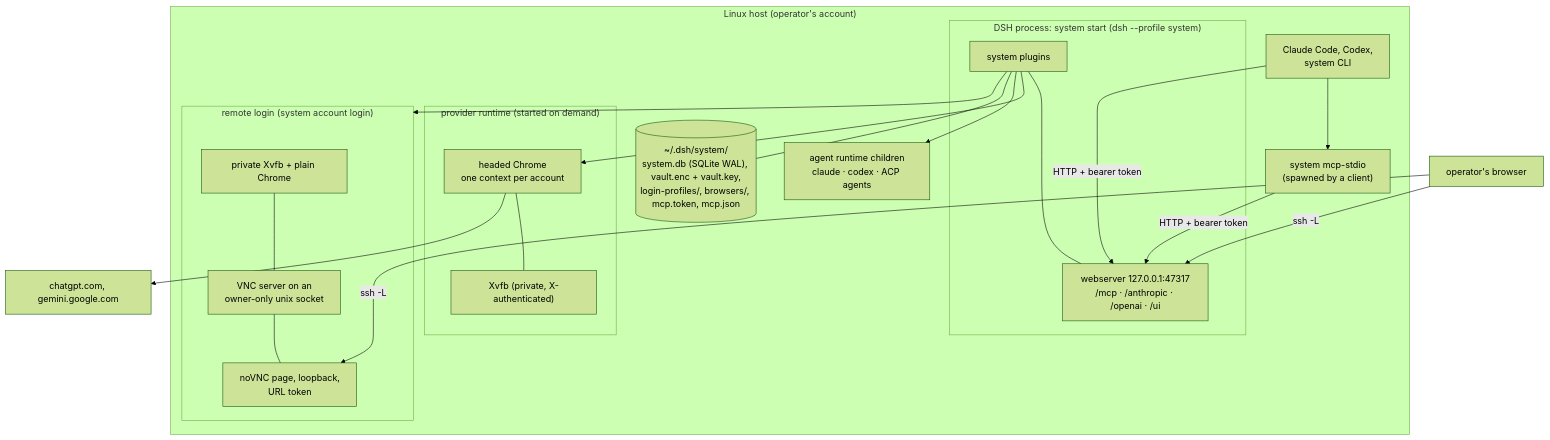
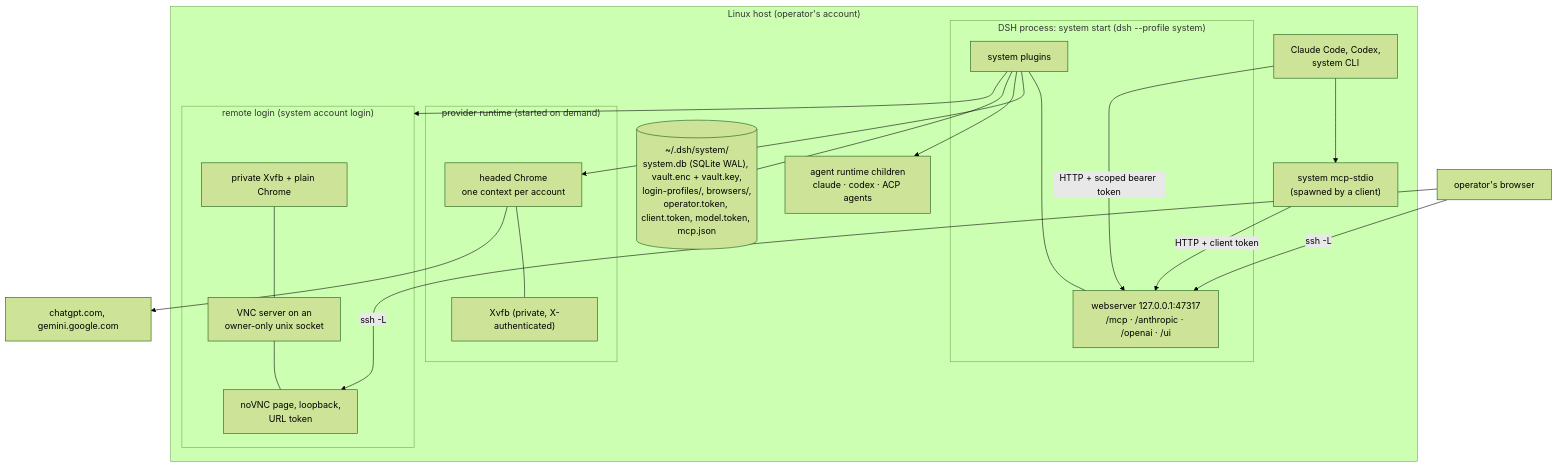
The third of 3 diagrams in docs/architecture/README.md (tsuuanmi/system), drawn with Mermaid (forest theme) before and after one commit. The commit also changed other lines of this file and 55 other files, not shown here.

````diff
--- a/docs/architecture/README.md
+++ b/docs/architecture/README.md
@@ -137,36 +137,36 @@
 ```mermaid
 flowchart TB
   subgraph hostbox["Linux host (operator's account)"]
     subgraph dshp["DSH process: system start (dsh --profile system)"]
       webserver["webserver 127.0.0.1:47317<br/>/mcp · /anthropic · /openai · /ui"]
       plugins["system plugins"]
     end
     subgraph browsers["provider runtime (started on demand)"]
       xvfb["Xvfb (private, X-authenticated)"]
       chrome["headed Chrome<br/>one context per account"]
     end
     subgraph remote["remote login (system account login)"]
       rx["private Xvfb + plain Chrome"]
       vnc["VNC server on an<br/>owner-only unix socket"]
       novnc["noVNC page, loopback,<br/>URL token"]
     end
     runtimes["agent runtime children<br/>claude · codex · ACP agents"]
-    home[("~/.dsh/system/<br/>system.db (SQLite WAL), vault.enc + vault.key,<br/>login-profiles/, browsers/, mcp.token, mcp.json")]
+    home[("~/.dsh/system/<br/>system.db (SQLite WAL), vault.enc + vault.key,<br/>login-profiles/, browsers/,<br/>operator.token, client.token, model.token, mcp.json")]
     stdio["system mcp-stdio<br/>(spawned by a client)"]
     clients["Claude Code, Codex,<br/>system CLI"]
   end
   opbrowser["operator's browser"]
   sites["chatgpt.com, gemini.google.com"]
   plugins --- webserver
   plugins --> chrome
   chrome --- xvfb
   chrome --> sites
   plugins --> runtimes
   plugins --- home
   plugins --> remote
   rx --- vnc --- novnc
-  clients -- "HTTP + bearer token" --> webserver
-  clients --> stdio -- "HTTP + bearer token" --> webserver
+  clients -- "HTTP + scoped bearer token" --> webserver
+  clients --> stdio -- "HTTP + client token" --> webserver
   opbrowser -- "ssh -L" --> webserver
   opbrowser -- "ssh -L" --> novnc
 ```
````
